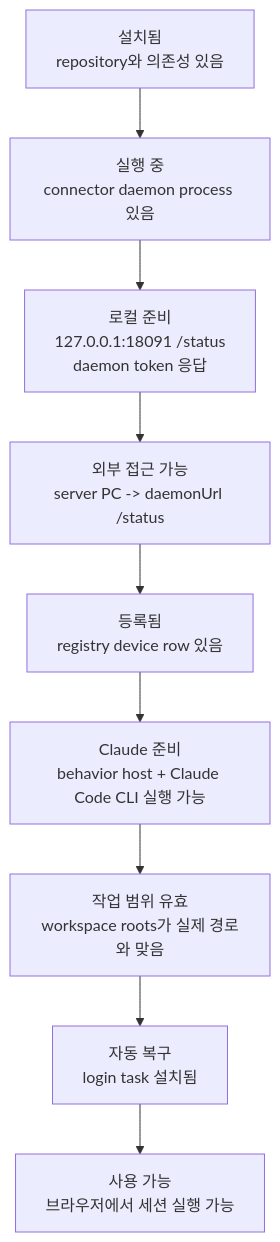
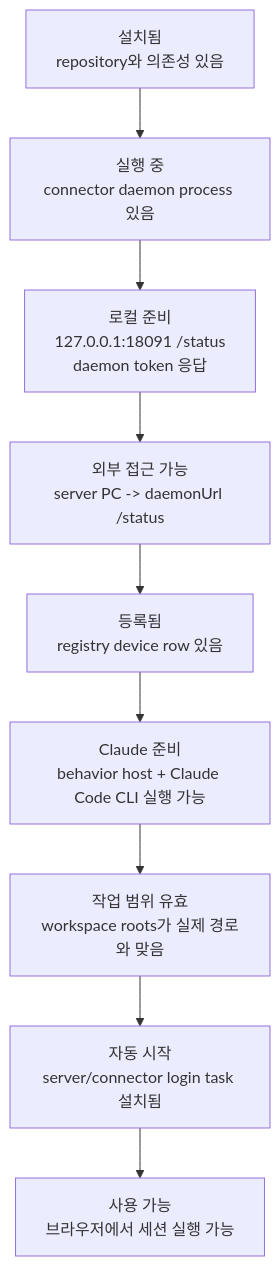
Before and after one commit to darkhtk/deskrelay: the fourth of 4 diagrams in README.md, drawn with Mermaid. The commit also changed other lines of this file and 5 other files, not shown here.

Commit message:
Add self server autostart task

````diff
--- a/README.md
+++ b/README.md
@@ -211,14 +225,14 @@
 ```mermaid
 flowchart TD
   Install["설치됨<br/>repository와 의존성 있음"]
   Process["실행 중<br/>connector daemon process 있음"]
   Local["로컬 준비<br/>127.0.0.1:18091 /status<br/>daemon token 응답"]
   Remote["외부 접근 가능<br/>server PC -> daemonUrl /status"]
   Registered["등록됨<br/>registry device row 있음"]
   Claude["Claude 준비<br/>behavior host + Claude Code CLI 실행 가능"]
   Workspace["작업 범위 유효<br/>workspace roots가 실제 경로와 맞음"]
-  Recovery["자동 복구<br/>login task 설치됨"]
+  Recovery["자동 시작<br/>server/connector login task 설치됨"]
   Usable["사용 가능<br/>브라우저에서 세션 실행 가능"]
 
   Install --> Process --> Local --> Remote --> Registered --> Claude --> Workspace --> Recovery --> Usable
 ```
````
